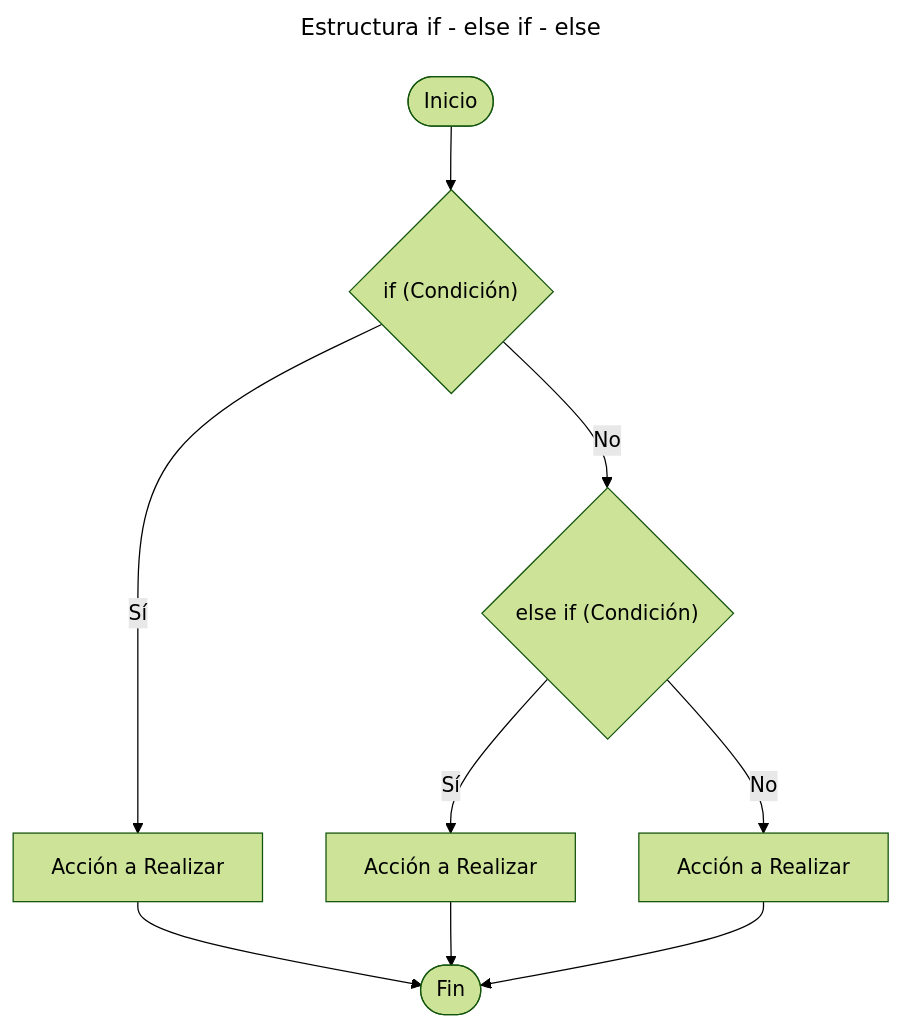
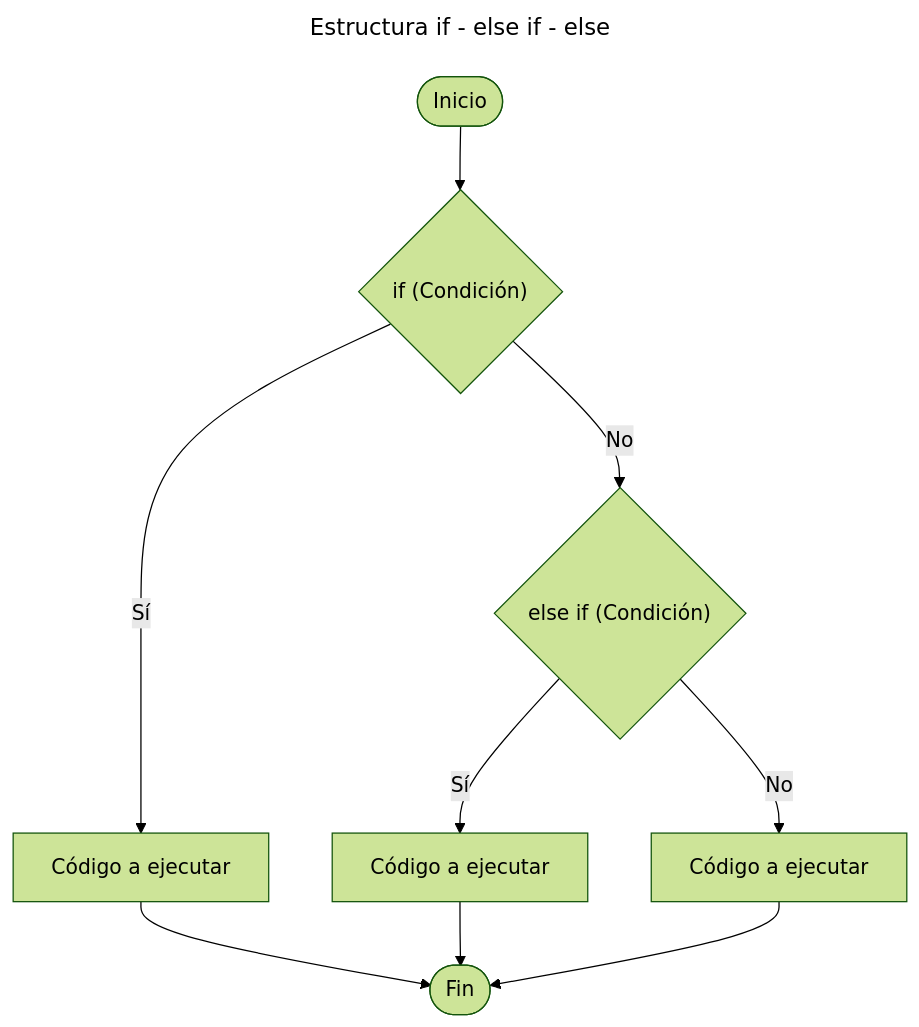
Before and after one commit to EnriqueChavezM/cpp-labs-and-tutorials: the third of 7 diagrams in 01_Fundamentos/05_Estructuras_de_Control/01_Estructuras_de_Control.md, drawn with Mermaid (forest theme). The commit also changed other lines of this file and 3 other files, not shown here.

````diff
--- a/01_Fundamentos/05_Estructuras_de_Control/01_Estructuras_de_Control.md
+++ b/01_Fundamentos/05_Estructuras_de_Control/01_Estructuras_de_Control.md
@@ -101,14 +106,14 @@
 ```mermaid
 ---
 title: Estructura if - else if - else
 ---
 graph TD
     A(["Inicio"]) --> B{"if (Condición)"}
-    B -- Sí --> C["Acción a Realizar"]
+    B -- Sí --> C["Código a ejecutar"]
     B -- No --> D{"else if (Condición)"}
-    D -- Sí --> E["Acción a Realizar"]
-    D -- No --> F["Acción a Realizar"]
+    D -- Sí --> E["Código a ejecutar"]
+    D -- No --> F["Código a ejecutar"]
     C --> G(["Fin"])
     E --> G
     F --> G
 ```
````
